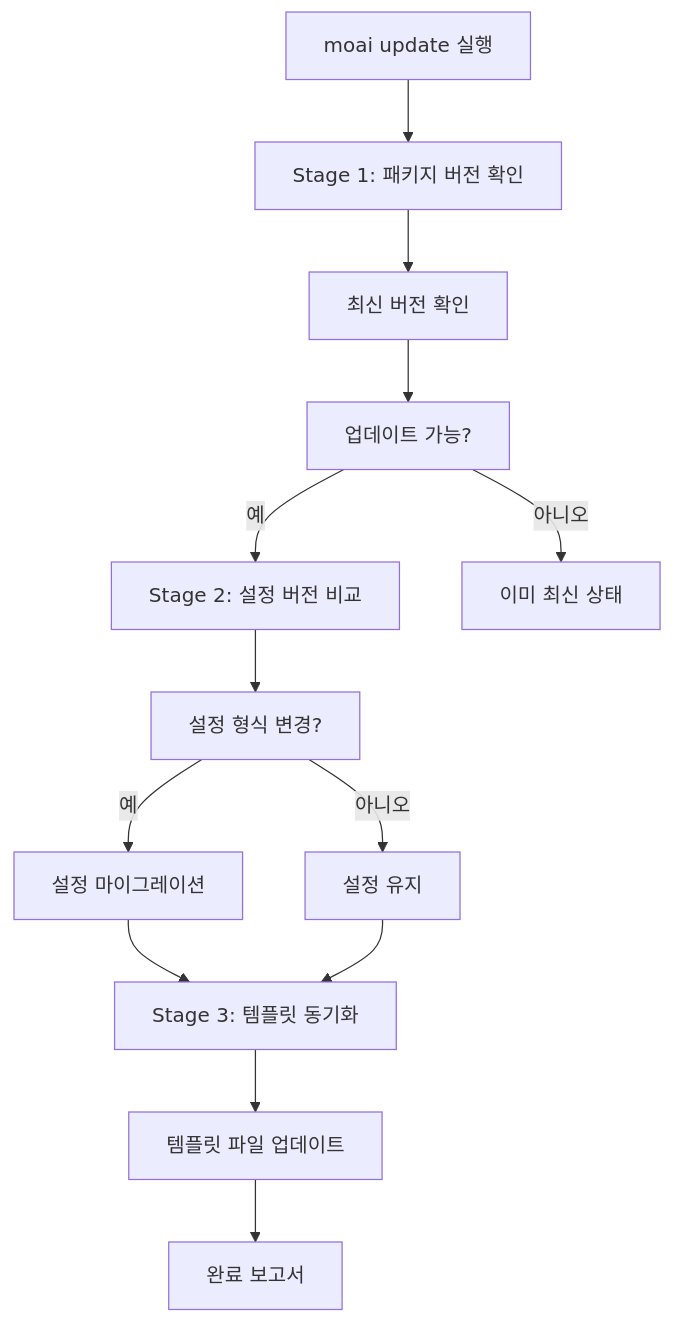
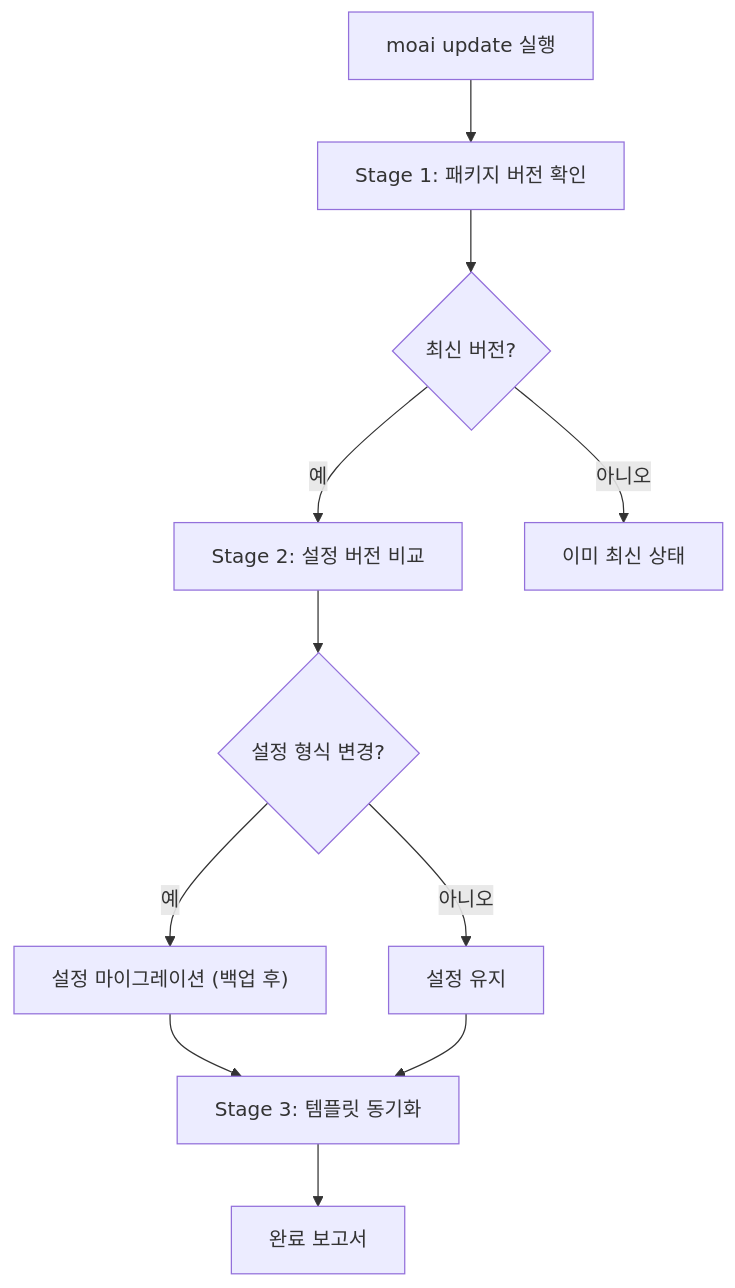
The first of 2 diagrams in docs-site/content/ko/getting-started/update.md (modu-ai/moai-adk), drawn with Mermaid before and after one commit. The commit also changed other lines of this file and 180 other files, not shown here.

````diff
--- a/docs-site/content/ko/getting-started/update.md
+++ b/docs-site/content/ko/getting-started/update.md
@@ -21,19 +19,13 @@
 ```mermaid
 flowchart TD
-    A[moai update 실행] --> B[Stage 1: 패키지 버전 확인]
-    B --> C[최신 버전 확인]
-    C --> D[업데이트 가능?]
-
-    D -->|예| E[Stage 2: 설정 버전 비교]
-    D -->|아니오| F[이미 최신 상태]
-
-    E --> G[설정 형식 변경?]
-    G -->|예| H[설정 마이그레이션]
-    G -->|아니오| I[설정 유지]
-
-    H --> J[Stage 3: 템플릿 동기화]
-    I --> J
-
-    J --> K[템플릿 파일 업데이트]
-    K --> L[완료 보고서]
+    A["moai update 실행"] --> B["Stage 1: 패키지 버전 확인"]
+    B --> C{"최신 버전?"}
+    C -->|"예"| D["Stage 2: 설정 버전 비교"]
+    C -->|"아니오"| E["이미 최신 상태"]
+    D --> F{"설정 형식 변경?"}
+    F -->|"예"| G["설정 마이그레이션 (백업 후)"]
+    F -->|"아니오"| H["설정 유지"]
+    G --> I["Stage 3: 템플릿 동기화"]
+    H --> I
+    I --> J["완료 보고서"]
 ```
````
